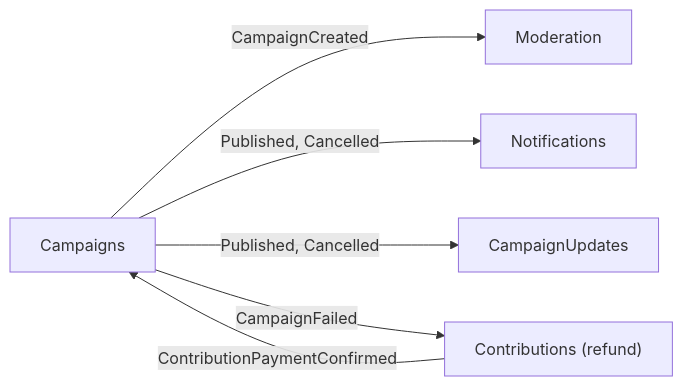
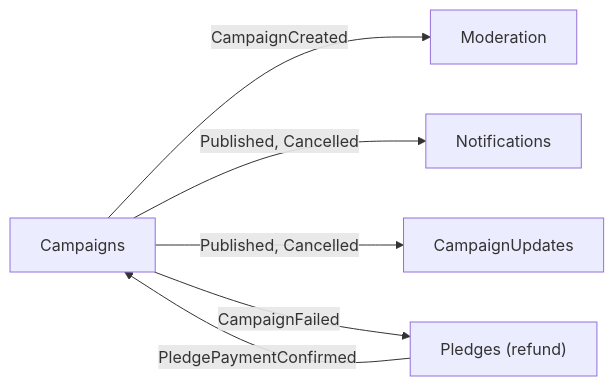
Before and after one commit to maysamgamini/crowdfundinghub: the second of 2 diagrams in src/Modules/Campaigns/README.md, drawn with Mermaid. The commit also changed other lines of this file and 571 other files, not shown here.

First line of the commit message:
refactor: use the course vocabulary, pledge and backer, where the code said contribution and contributor

````diff
--- a/src/Modules/Campaigns/README.md
+++ b/src/Modules/Campaigns/README.md
@@ -25,8 +25,8 @@
 ```mermaid
 flowchart LR
     Ca["Campaigns"] -- "CampaignCreated" --> Mo["Moderation"]
     Ca -- "Published, Cancelled" --> No["Notifications"]
     Ca -- "Published, Cancelled" --> Up["CampaignUpdates"]
-    Ca -- "CampaignFailed" --> Co["Contributions (refund)"]
-    Co -- "ContributionPaymentConfirmed" --> Ca
+    Ca -- "CampaignFailed" --> Co["Pledges (refund)"]
+    Co -- "PledgePaymentConfirmed" --> Ca
 ```
````
